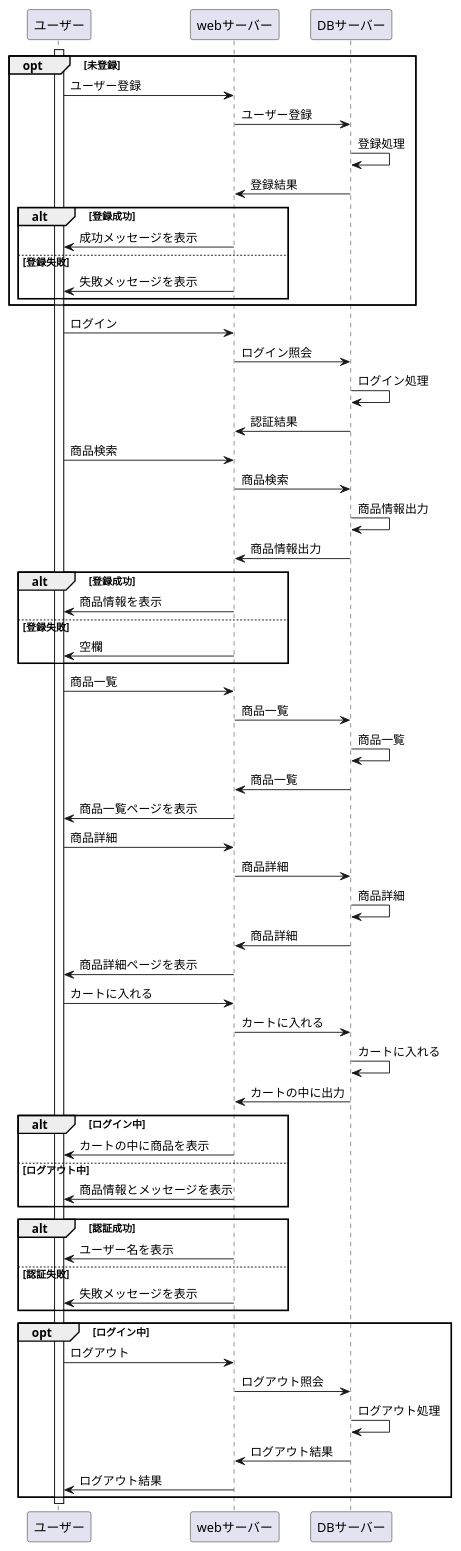
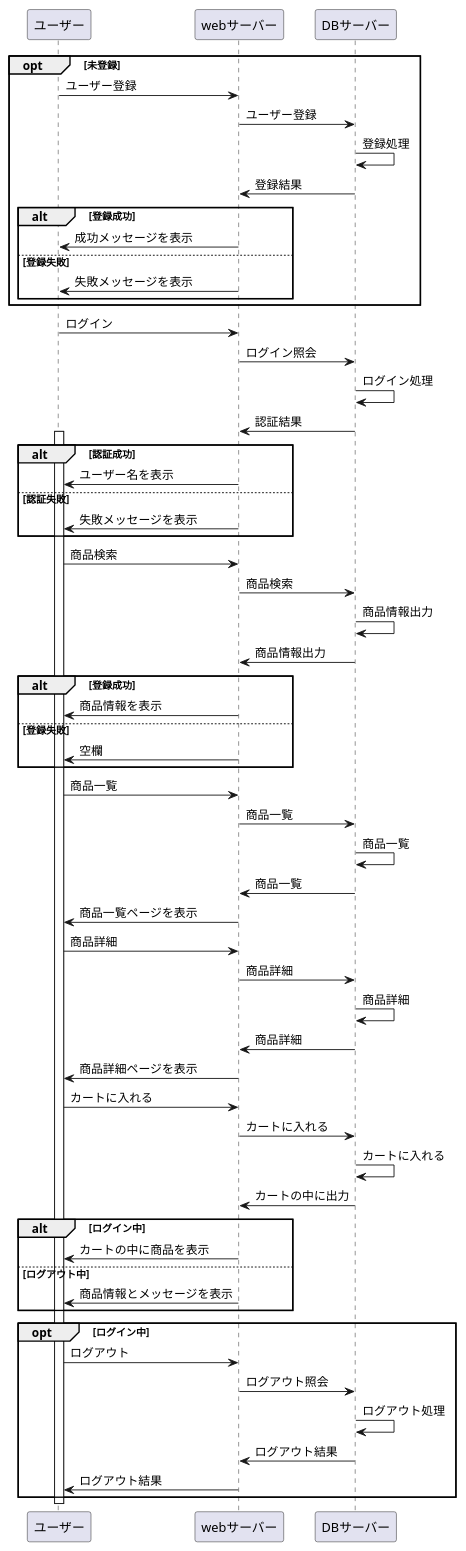
Before and after one commit to Aso2001219/2021sys-design: the diagram in kinouichiran03.md, drawn with PlantUML. The commit also changed other lines of this file, not shown here.

````diff
--- a/kinouichiran03.md
+++ b/kinouichiran03.md
@@ -1,73 +1,73 @@
 ```uml
 
 @startuml
 opt 未登録
 ユーザー -> webサーバー : ユーザー登録
 webサーバー -> DBサーバー : ユーザー登録
 DBサーバー -> DBサーバー : 登録処理
 DBサーバー -> webサーバー : 登録結果
 
 alt 登録成功
 webサーバー -> ユーザー : 成功メッセージを表示
 else 登録失敗
 webサーバー -> ユーザー : 失敗メッセージを表示
 
 end
 end
 
 
 ユーザー -> webサーバー : ログイン
 webサーバー -> DBサーバー : ログイン照会
 DBサーバー -> DBサーバー : ログイン処理
 DBサーバー -> webサーバー : 認証結果
+activate ユーザー
+alt 認証成功
+webサーバー -> ユーザー : ユーザー名を表示
+else 認証失敗
+webサーバー -> ユーザー : 失敗メッセージを表示
+end
 
 ユーザー -> webサーバー : 商品検索
 webサーバー -> DBサーバー : 商品検索
 DBサーバー -> DBサーバー : 商品情報出力
 DBサーバー -> webサーバー : 商品情報出力
 alt 登録成功
 webサーバー -> ユーザー : 商品情報を表示
 else 登録失敗
 webサーバー -> ユーザー : 空欄
 end
 
 ユーザー -> webサーバー : 商品一覧
 webサーバー -> DBサーバー : 商品一覧
 DBサーバー -> DBサーバー : 商品一覧
 DBサーバー -> webサーバー : 商品一覧
 webサーバー -> ユーザー : 商品一覧ページを表示
 
 ユーザー -> webサーバー : 商品詳細
 webサーバー -> DBサーバー : 商品詳細
 DBサーバー -> DBサーバー : 商品詳細
 DBサーバー -> webサーバー : 商品詳細
 webサーバー -> ユーザー : 商品詳細ページを表示
 
 ユーザー -> webサーバー : カートに入れる
 webサーバー -> DBサーバー : カートに入れる
 DBサーバー -> DBサーバー : カートに入れる
 DBサーバー -> webサーバー : カートの中に出力
 alt ログイン中
 webサーバー -> ユーザー : カートの中に商品を表示
 else ログアウト中
 webサーバー -> ユーザー : 商品情報とメッセージを表示
 end
 
-activate ユーザー
-alt 認証成功
-webサーバー -> ユーザー : ユーザー名を表示
-else 認証失敗
-webサーバー -> ユーザー : 失敗メッセージを表示
-end
 opt ログイン中
 ユーザー -> webサーバー : ログアウト
 webサーバー -> DBサーバー : ログアウト照会
 DBサーバー -> DBサーバー : ログアウト処理
 DBサーバー -> webサーバー : ログアウト結果
 webサーバー -> ユーザー : ログアウト結果
 end
 
 deactivate ユーザー
 @enduml
 
 ```
````
